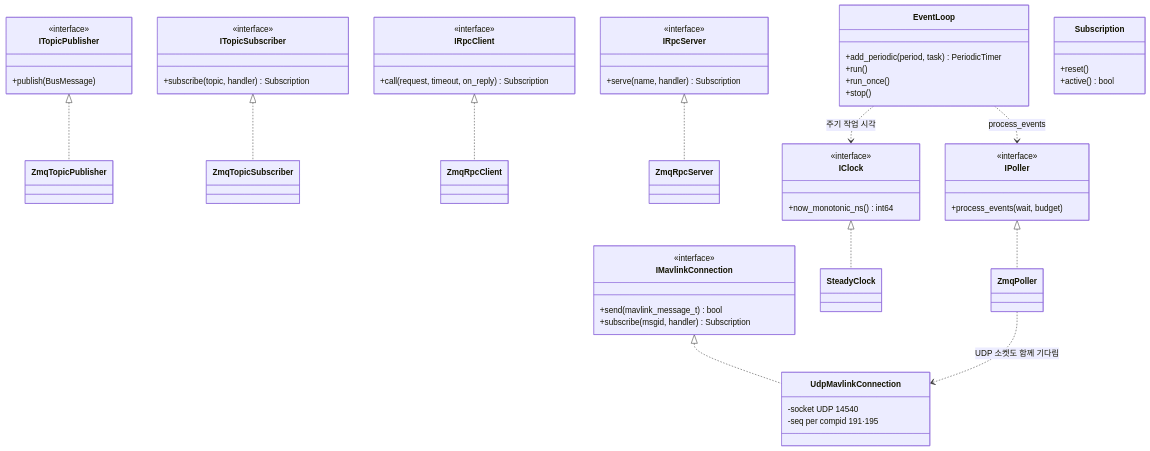
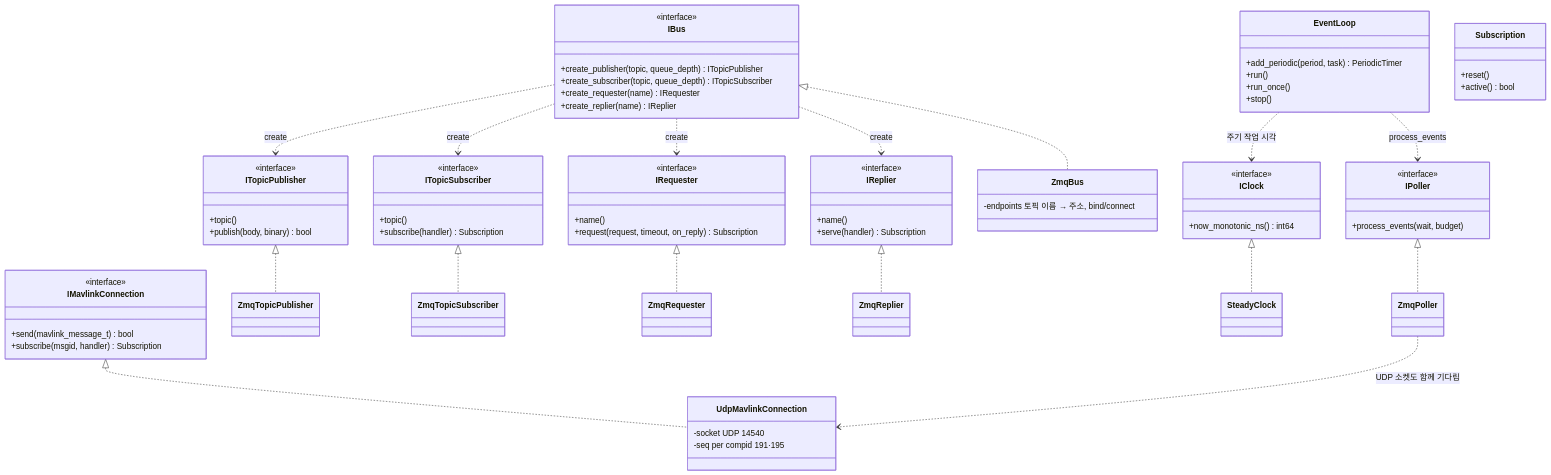
Before and after one commit to lig-argus/argus-edge-vision: the first of 3 diagrams in docs/design/uml/class_onboard.md, drawn with Mermaid. The commit also changed other lines of this file and 26 other files, not shown here.

````diff
--- a/docs/design/uml/class_onboard.md
+++ b/docs/design/uml/class_onboard.md
@@ -12,63 +12,82 @@
 ```mermaid
 classDiagram
     class IMavlinkConnection {
         <<interface>>
         +send(mavlink_message_t) bool
         +subscribe(msgid, handler) Subscription
     }
     class UdpMavlinkConnection {
         -socket UDP 14540
         -seq per compid 191·195
     }
+    class IBus {
+        <<interface>>
+        +create_publisher(topic, queue_depth) ITopicPublisher
+        +create_subscriber(topic, queue_depth) ITopicSubscriber
+        +create_requester(name) IRequester
+        +create_replier(name) IReplier
+    }
     class ITopicPublisher {
         <<interface>>
-        +publish(BusMessage)
+        +topic()
+        +publish(body, binary) bool
     }
     class ITopicSubscriber {
         <<interface>>
-        +subscribe(topic, handler) Subscription
+        +topic()
+        +subscribe(handler) Subscription
     }
-    class IRpcClient {
+    class IRequester {
         <<interface>>
-        +call(request, timeout, on_reply) Subscription
+        +name()
+        +request(request, timeout, on_reply) Subscription
     }
-    class IRpcServer {
+    class IReplier {
         <<interface>>
-        +serve(name, handler) Subscription
+        +name()
+        +serve(handler) Subscription
+    }
+    class ZmqBus {
+        -endpoints 토픽 이름 → 주소, bind/connect
     }
     class ZmqTopicPublisher
     class ZmqTopicSubscriber
-    class ZmqRpcClient
-    class ZmqRpcServer
+    class ZmqRequester
+    class ZmqReplier
     class IClock {
         <<interface>>
         +now_monotonic_ns() int64
     }
     class SteadyClock
     class IPoller {
         <<interface>>
         +process_events(wait, budget)
     }
     class ZmqPoller
     class EventLoop {
         +add_periodic(period, task) PeriodicTimer
         +run()
         +run_once()
         +stop()
     }
     class Subscription {
         +reset()
         +active() bool
     }
 
     IMavlinkConnection <|.. UdpMavlinkConnection
+    IBus <|.. ZmqBus
+    IBus ..> ITopicPublisher : create
+    IBus ..> ITopicSubscriber : create
+    IBus ..> IRequester : create
+    IBus ..> IReplier : create
     ITopicPublisher <|.. ZmqTopicPublisher
     ITopicSubscriber <|.. ZmqTopicSubscriber
-    IRpcClient <|.. ZmqRpcClient
-    IRpcServer <|.. ZmqRpcServer
+    IRequester <|.. ZmqRequester
+    IReplier <|.. ZmqReplier
     IClock <|.. SteadyClock
     IPoller <|.. ZmqPoller
     EventLoop ..> IPoller : process_events
     EventLoop ..> IClock : 주기 작업 시각
     ZmqPoller ..> UdpMavlinkConnection : UDP 소켓도 함께 기다림
 ```
````
